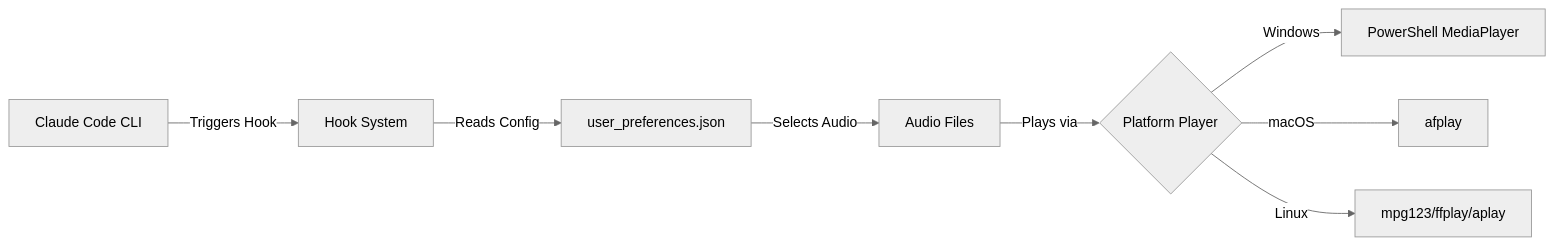
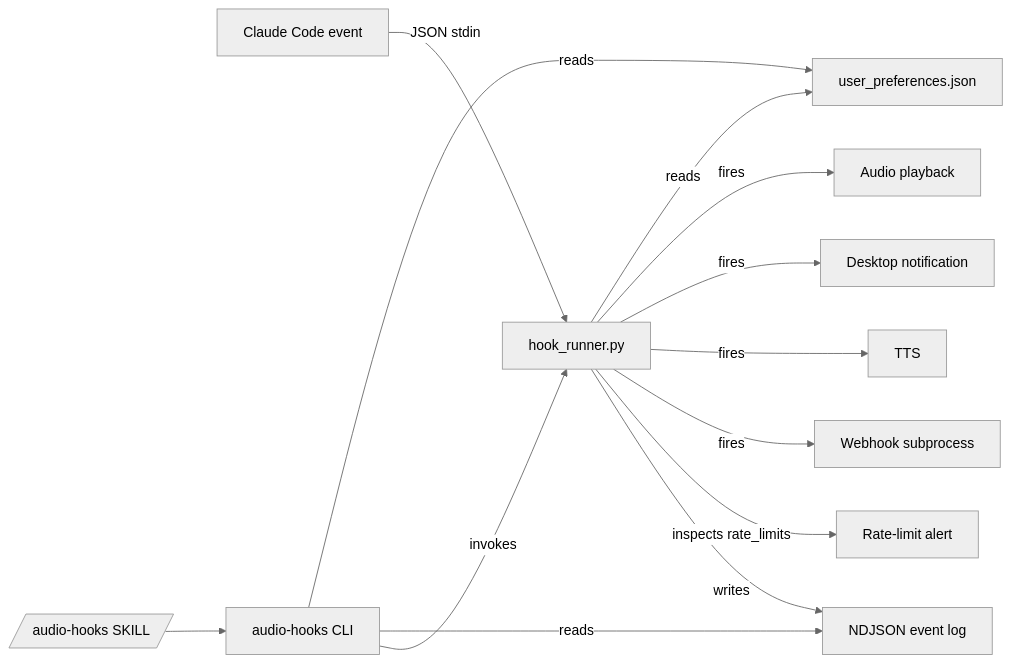
Before and after one commit to tozaki1545atebau/claude-code-audio-hooks: the diagram in CLAUDE.md, drawn with Mermaid (neutral theme). The commit also changed other lines of this file and 64 other files, not shown here.

````diff
--- a/CLAUDE.md
+++ b/CLAUDE.md
@@ -11,10 +37,15 @@
 ```mermaid
 graph LR
-    A[Claude Code CLI] -->|Triggers Hook| B[Hook System]
-    B -->|Reads Config| C[user_preferences.json]
-    C -->|Selects Audio| D[Audio Files]
-    D -->|Plays via| E{Platform Player}
-    E -->|Windows| F[PowerShell MediaPlayer]
-    E -->|macOS| G[afplay]
-    E -->|Linux| H[mpg123/ffplay/aplay]
+    A[Claude Code event] -->|JSON stdin| B[hook_runner.py]
+    B -->|reads| C[user_preferences.json]
+    B -->|fires| D[Audio playback]
+    B -->|fires| E[Desktop notification]
+    B -->|fires| F[TTS]
+    B -->|fires| G[Webhook subprocess]
+    B -->|inspects rate_limits| H[Rate-limit alert]
+    B -->|writes| I[NDJSON event log]
+    J[audio-hooks CLI] -->|reads| C
+    J -->|reads| I
+    J -->|invokes| B
+    K[/audio-hooks SKILL/] --> J
 ```
````
